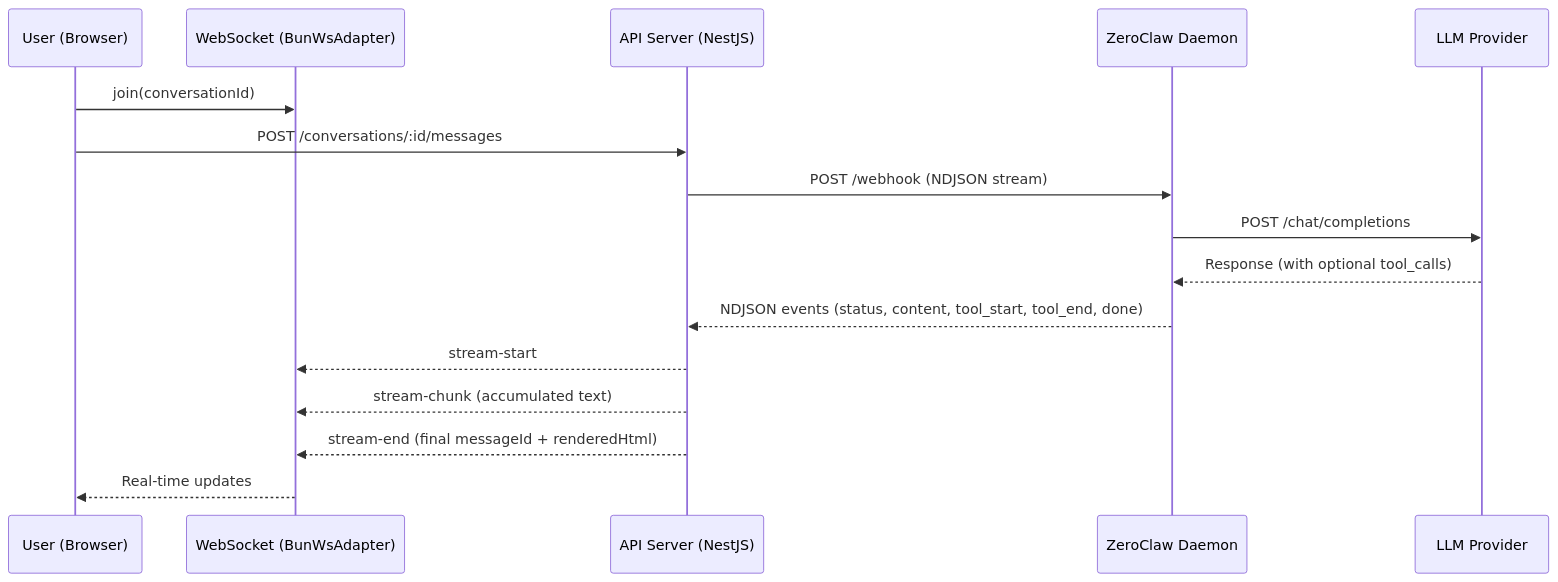
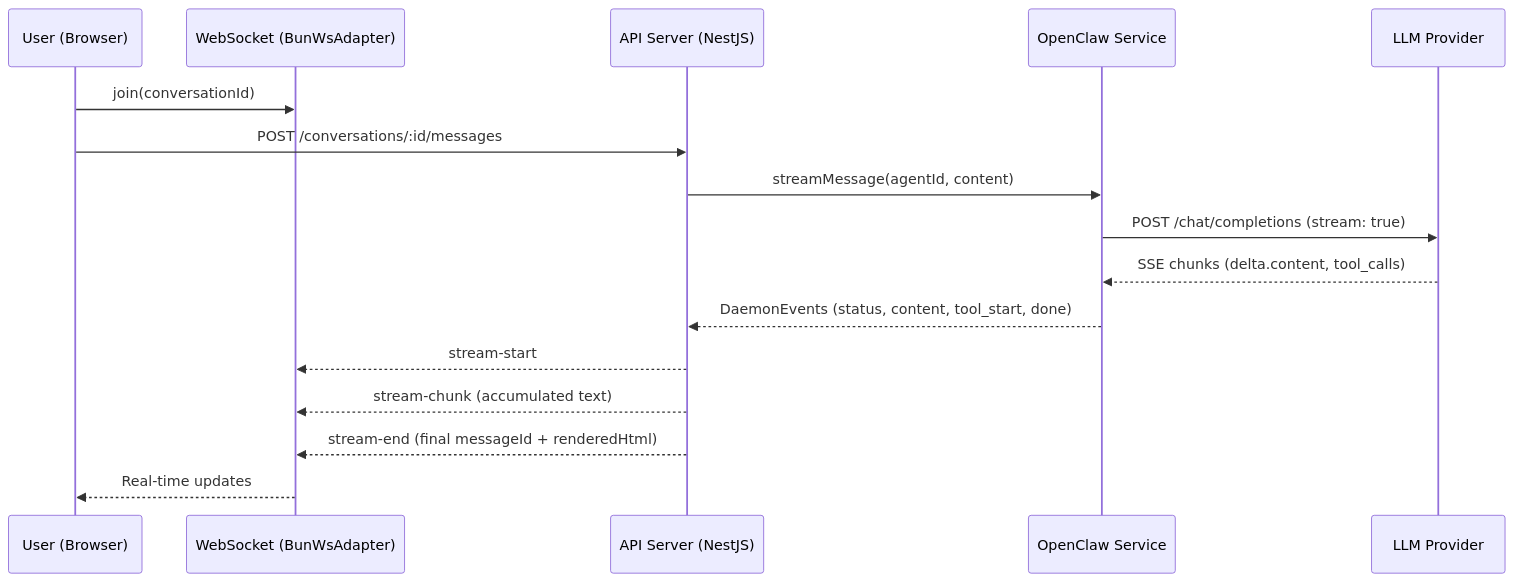
The first of 3 diagrams in docs/features/chat.md (pde-rent/monokeros), drawn with Mermaid before and after one commit. The commit also changed other lines of this file and 31 other files, not shown here.

First line of the commit message:
feat: rewrite docs for OpenClaw, add acceptance criteria and artifact models

````diff
--- a/docs/features/chat.md
+++ b/docs/features/chat.md
@@ -7,19 +7,19 @@
 ```mermaid
 sequenceDiagram
     participant User as User (Browser)
     participant WS as WebSocket (BunWsAdapter)
     participant API as API Server (NestJS)
-    participant Daemon as ZeroClaw Daemon
+    participant OC as OpenClaw Service
     participant LLM as LLM Provider
 
     User->>WS: join(conversationId)
     User->>API: POST /conversations/:id/messages
-    API->>Daemon: POST /webhook (NDJSON stream)
-    Daemon->>LLM: POST /chat/completions
-    LLM-->>Daemon: Response (with optional tool_calls)
-    Daemon-->>API: NDJSON events (status, content, tool_start, tool_end, done)
+    API->>OC: streamMessage(agentId, content)
+    OC->>LLM: POST /chat/completions (stream: true)
+    LLM-->>OC: SSE chunks (delta.content, tool_calls)
+    OC-->>API: DaemonEvents (status, content, tool_start, done)
     API-->>WS: stream-start
     API-->>WS: stream-chunk (accumulated text)
     API-->>WS: stream-end (final messageId + renderedHtml)
     WS-->>User: Real-time updates
 ```
````
